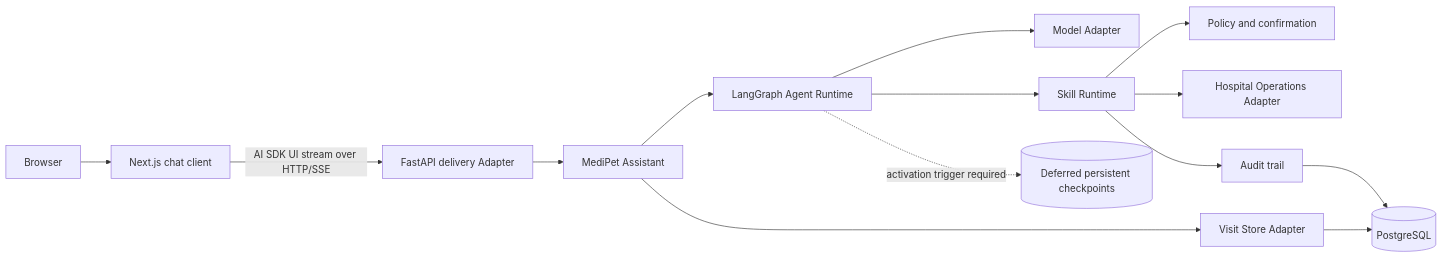
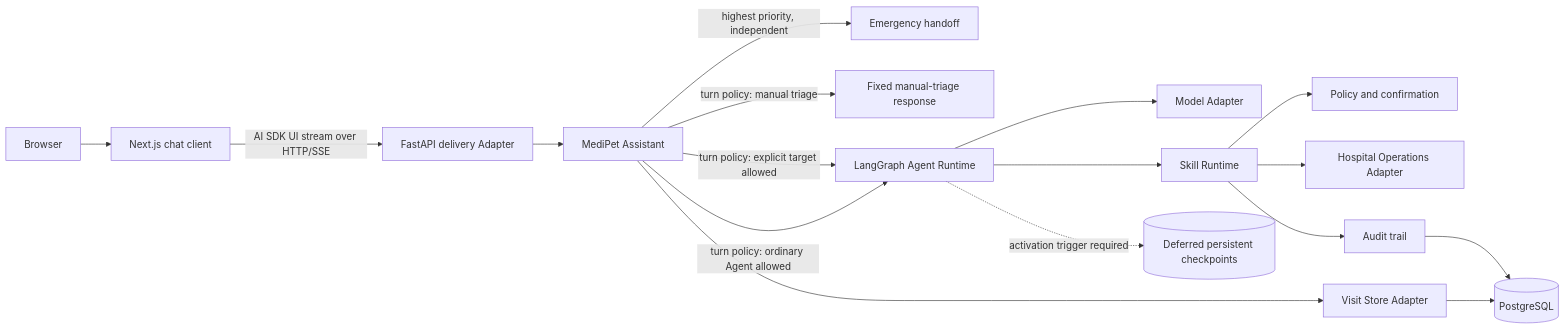
One commit to Ruacha00/MediPet changed the diagram in docs/design/architecture.md. Above: the diagram before and after it, drawn with Mermaid. The commit also changed other lines of this file and 17 other files, not shown here.

````diff
--- a/docs/design/architecture.md
+++ b/docs/design/architecture.md
@@ -71,29 +71,34 @@
 ```mermaid
 flowchart LR
     Browser[Browser]
     Web[Next.js chat client]
     HTTP[FastAPI delivery Adapter]
     Assistant[MediPet Assistant]
+    Emergency[Emergency handoff]
+    Manual[Fixed manual-triage response]
     Agent[LangGraph Agent Runtime]
     Skills[Skill Runtime]
     Policy[Policy and confirmation]
     Hospital[Hospital Operations Adapter]
     Store[Visit Store Adapter]
     Model[Model Adapter]
     DB[(PostgreSQL)]
     Checkpoints[(Deferred persistent checkpoints)]
 
     Browser --> Web
     Web -->|AI SDK UI stream over HTTP/SSE| HTTP
     HTTP --> Assistant
-    Assistant --> Agent
+    Assistant -->|highest priority, independent| Emergency
+    Assistant -->|turn policy: manual triage| Manual
+    Assistant -->|turn policy: explicit target allowed| Agent
+    Assistant -->|turn policy: ordinary Agent allowed| Agent
     Agent --> Model
     Agent --> Skills
     Agent -.->|activation trigger required| Checkpoints
     Skills --> Policy
     Skills --> Hospital
     Assistant --> Store
     Skills --> Audit[Audit trail]
     Store --> DB
     Audit --> DB
 ```
````
